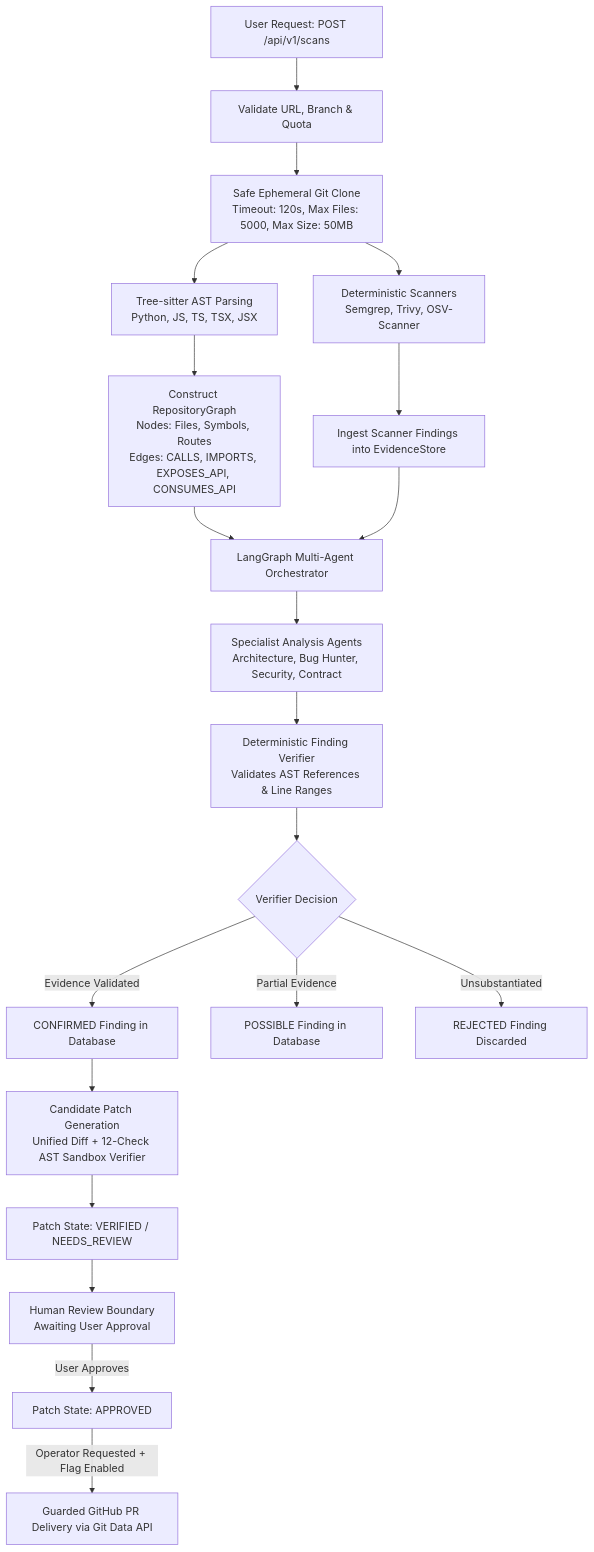
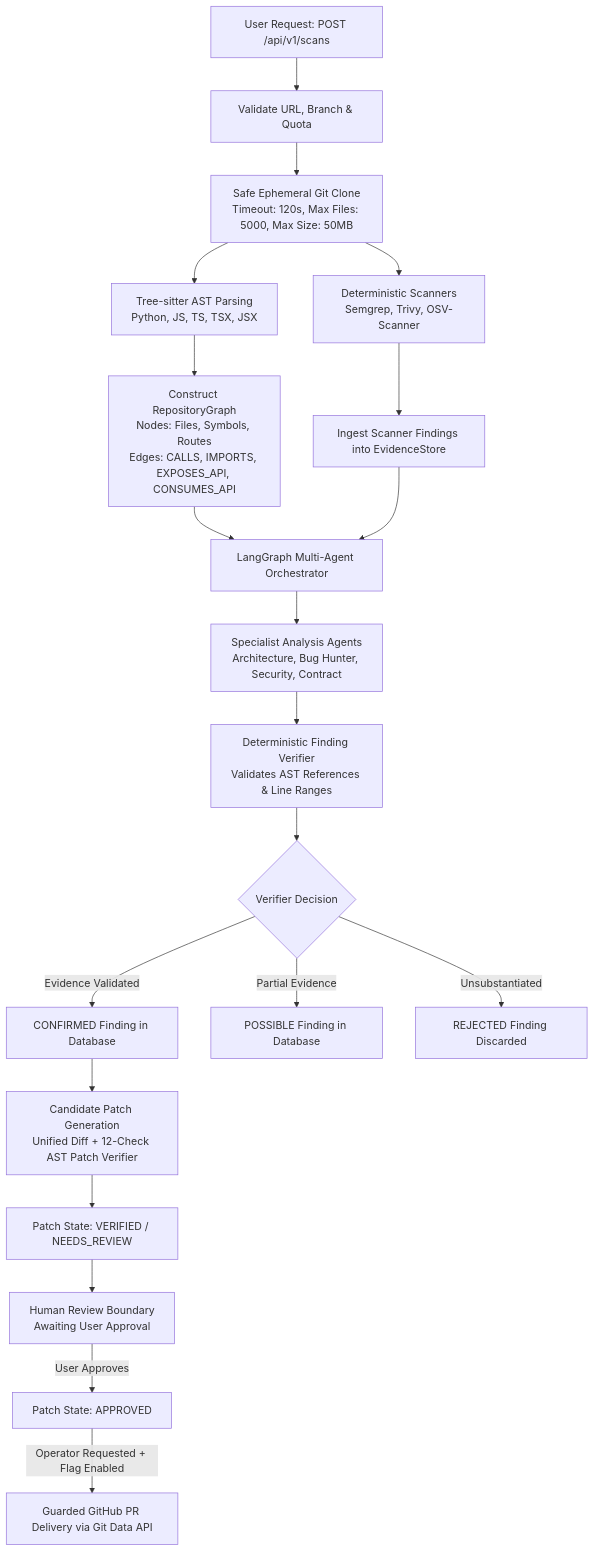
One commit to yashaskn8/RepoLens changed the second of 3 diagrams in docs/architecture.md. Above: the diagram before and after it, drawn with Mermaid. The commit also changed other lines of this file and 17 other files, not shown here.

````diff
--- a/docs/architecture.md
+++ b/docs/architecture.md
@@ -99,22 +99,22 @@
 ```mermaid
 flowchart TD
     A[User Request: POST /api/v1/scans] --> B[Validate URL, Branch & Quota]
     B --> C[Safe Ephemeral Git Clone<br/>Timeout: 120s, Max Files: 5000, Max Size: 50MB]
     C --> D[Tree-sitter AST Parsing<br/>Python, JS, TS, TSX, JSX]
     C --> E[Deterministic Scanners<br/>Semgrep, Trivy, OSV-Scanner]
     D --> F[Construct RepositoryGraph<br/>Nodes: Files, Symbols, Routes<br/>Edges: CALLS, IMPORTS, EXPOSES_API, CONSUMES_API]
     E --> G[Ingest Scanner Findings into EvidenceStore]
     F --> H[LangGraph Multi-Agent Orchestrator]
     G --> H
     H --> I[Specialist Analysis Agents<br/>Architecture, Bug Hunter, Security, Contract]
     I --> J[Deterministic Finding Verifier<br/>Validates AST References & Line Ranges]
     J --> K{Verifier Decision}
     K -->|Evidence Validated| L[CONFIRMED Finding in Database]
     K -->|Partial Evidence| M[POSSIBLE Finding in Database]
     K -->|Unsubstantiated| N[REJECTED Finding Discarded]
-    L --> O[Candidate Patch Generation<br/>Unified Diff + 12-Check AST Sandbox Verifier]
+    L --> O[Candidate Patch Generation<br/>Unified Diff + 12-Check AST Patch Verifier]
     O --> P[Patch State: VERIFIED / NEEDS_REVIEW]
     P --> Q[Human Review Boundary<br/>Awaiting User Approval]
     Q -->|User Approves| R[Patch State: APPROVED]
     R -->|Operator Requested + Flag Enabled| S[Guarded GitHub PR Delivery via Git Data API]
 ```
````
